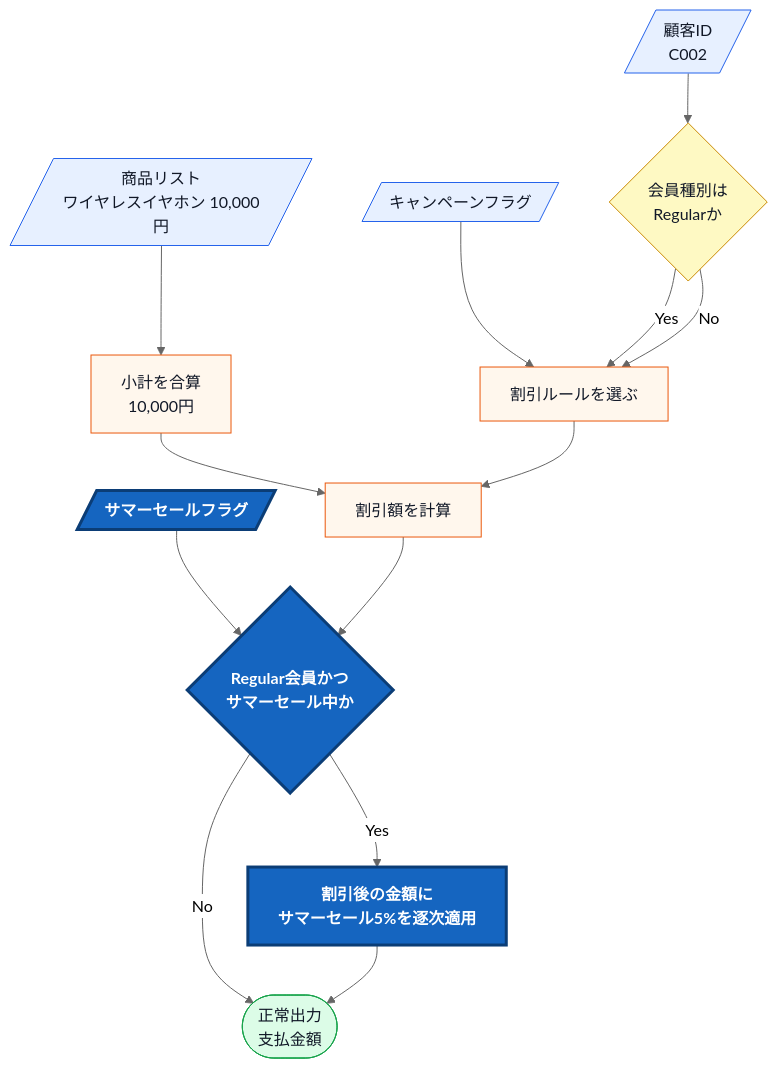
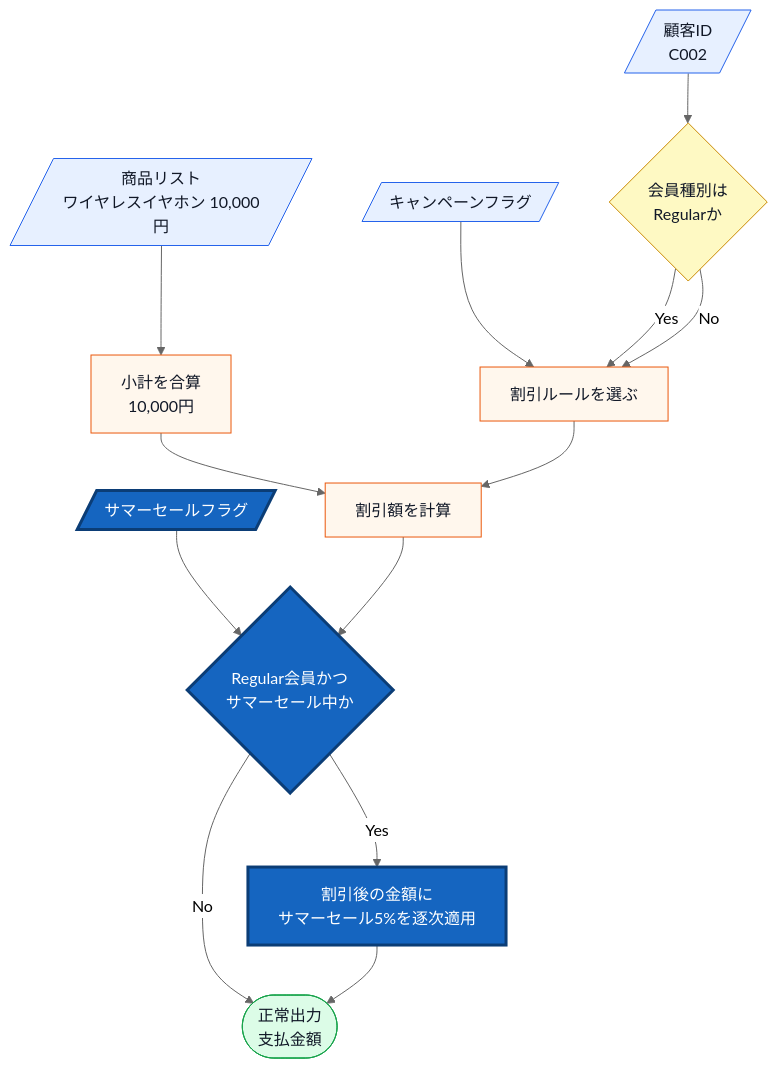
Before and after one commit to kumachan1101-pixel/DesignPattern: the fifth of 14 diagrams in kindle/design-patterns/books/volume01-core-patterns/output/03-chapter01.md, drawn with Mermaid (neutral theme). The commit also changed other lines of this file and 11 other files, not shown here.

First line of the commit message:
図の印を「新しく作る／開いて直す」へ分け、抜粋の改変を直す

````diff
--- a/kindle/design-patterns/books/volume01-core-patterns/output/03-chapter01.md
+++ b/kindle/design-patterns/books/volume01-core-patterns/output/03-chapter01.md
@@ -954,22 +954,22 @@
 ```mermaid
 flowchart TB
     A[/商品リスト<br>ワイヤレスイヤホン 10,000円/]:::input --> G[小計を合算<br>10,000円]:::process
     C[/顧客ID<br>C002/]:::input --> D{会員種別は<br>Regularか}:::decision
     E[/キャンペーンフラグ/]:::input --> H[割引ルールを選ぶ]:::process
     S[/サマーセールフラグ/]:::input --> T{Regular会員かつ<br>サマーセール中か}:::decision
     D -->|Yes| H
     D -->|No| H
     G --> I[割引額を計算]:::process
     H --> I
     I --> T
     T -->|Yes| U[割引後の金額に<br>サマーセール5%を逐次適用]:::process
     T -->|No| J([正常出力<br>支払金額]):::normal
     U --> J
 
     classDef input fill:#e7f0ff,stroke:#2563eb,color:#111827;
     classDef process fill:#fff7ed,stroke:#ea580c,color:#111827;
     classDef decision fill:#fef9c3,stroke:#ca8a04,color:#111827;
     classDef normal fill:#dcfce7,stroke:#16a34a,color:#111827;
-    classDef changed fill:#1565c0,stroke:#0b3d76,stroke-width:3px,color:#ffffff,font-weight:bold;
-    class S,T,U changed;
+    class S,T,U added;
+    classDef added fill:#1565c0,stroke:#0b3d76,stroke-width:3px,color:#ffffff;
 ```
````
